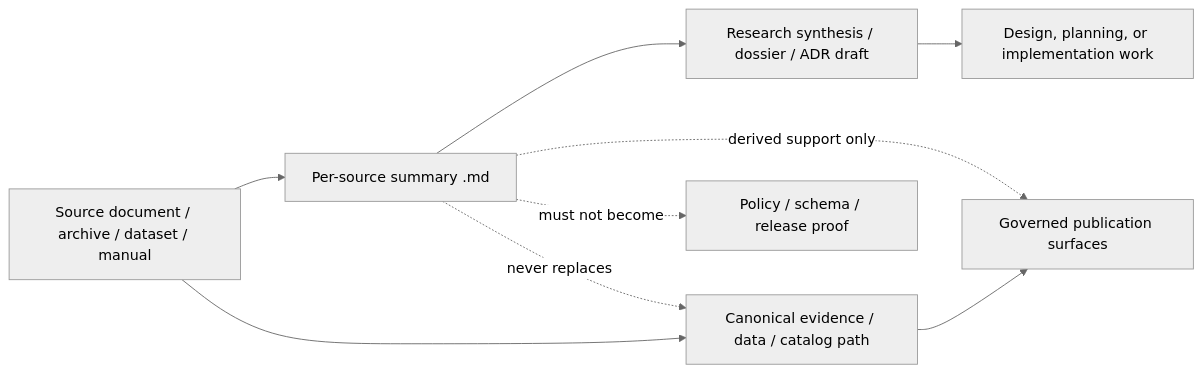
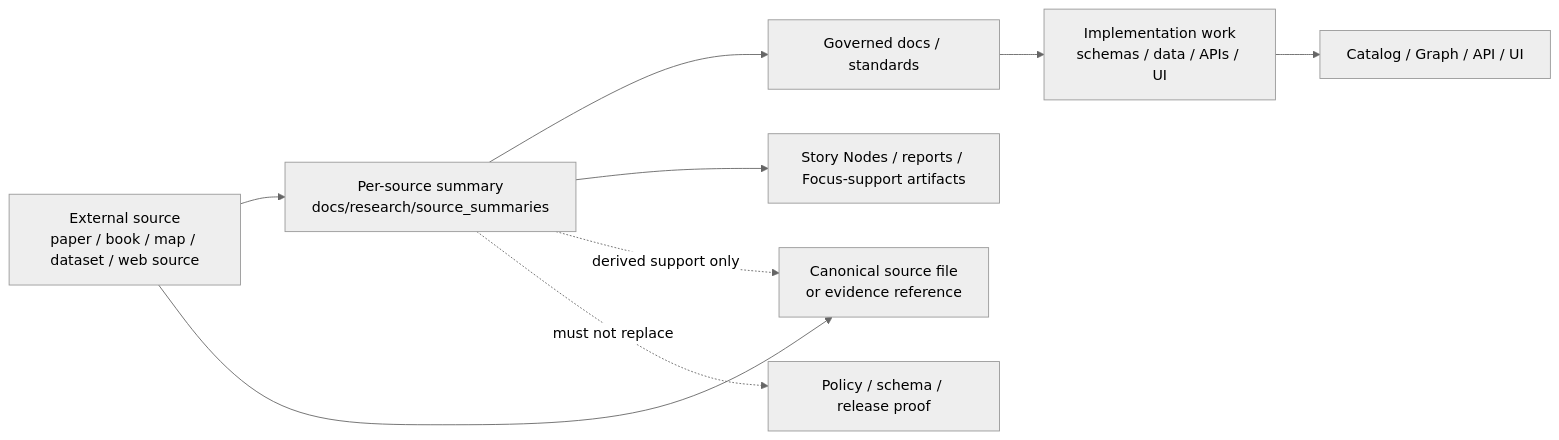
One commit to bartytime4life/Kansas-Frontier-Matrix changed the diagram in docs/research/source_summaries/README.md. Above: the diagram before and after it, drawn with Mermaid (neutral theme). The commit also changed other lines of this file, not shown here.

First line of the commit message:
Revise README for source summaries clarity and guidance

````diff
--- a/docs/research/source_summaries/README.md
+++ b/docs/research/source_summaries/README.md
@@ -282,13 +308,12 @@
 ```mermaid
 flowchart LR
-    A[Source document / archive / dataset / manual] --> B[Per-source summary .md]
-    B --> C[Research synthesis / dossier / ADR draft]
-    C --> D[Design, planning, or implementation work]
+    A[External source<br/>paper / book / map / dataset / web source] --> B[Per-source summary<br/>docs/research/source_summaries]
+    B --> C[Governed docs / standards]
+    B --> D[Story Nodes / reports / Focus-support artifacts]
+    C --> E[Implementation work<br/>schemas / data / APIs / UI]
+    E --> F[Catalog / Graph / API / UI]
 
-    A --> E[Canonical evidence / data / catalog path]
-    E --> F[Governed publication surfaces]
-
-    B -. derived support only .-> F
-    B -. never replaces .-> E
-    B -. must not become .-> G[Policy / schema / release proof]
+    A --> G[Canonical source file<br/>or evidence reference]
+    B -. derived support only .-> G
+    B -. must not replace .-> H[Policy / schema / release proof]
 ```
````
